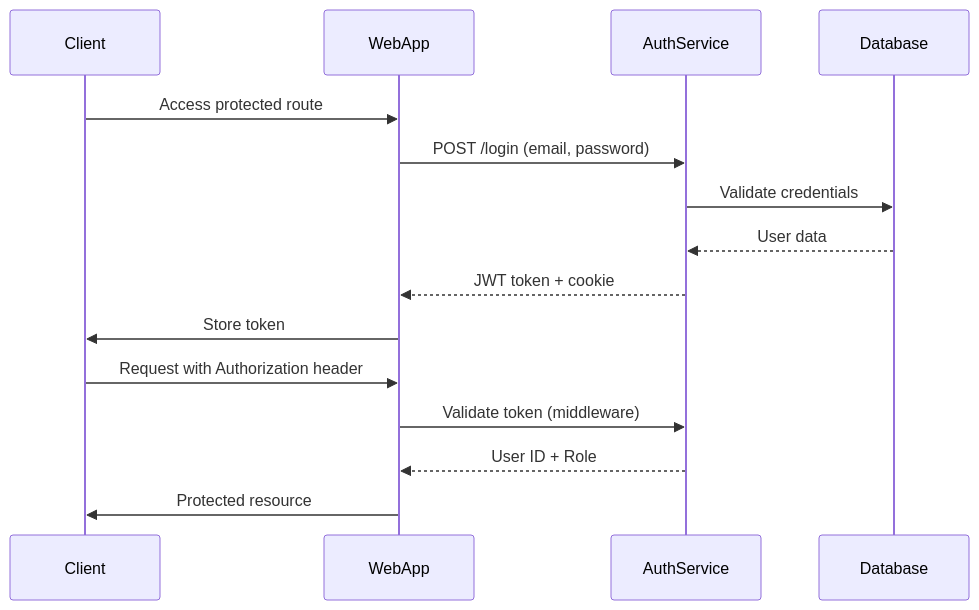
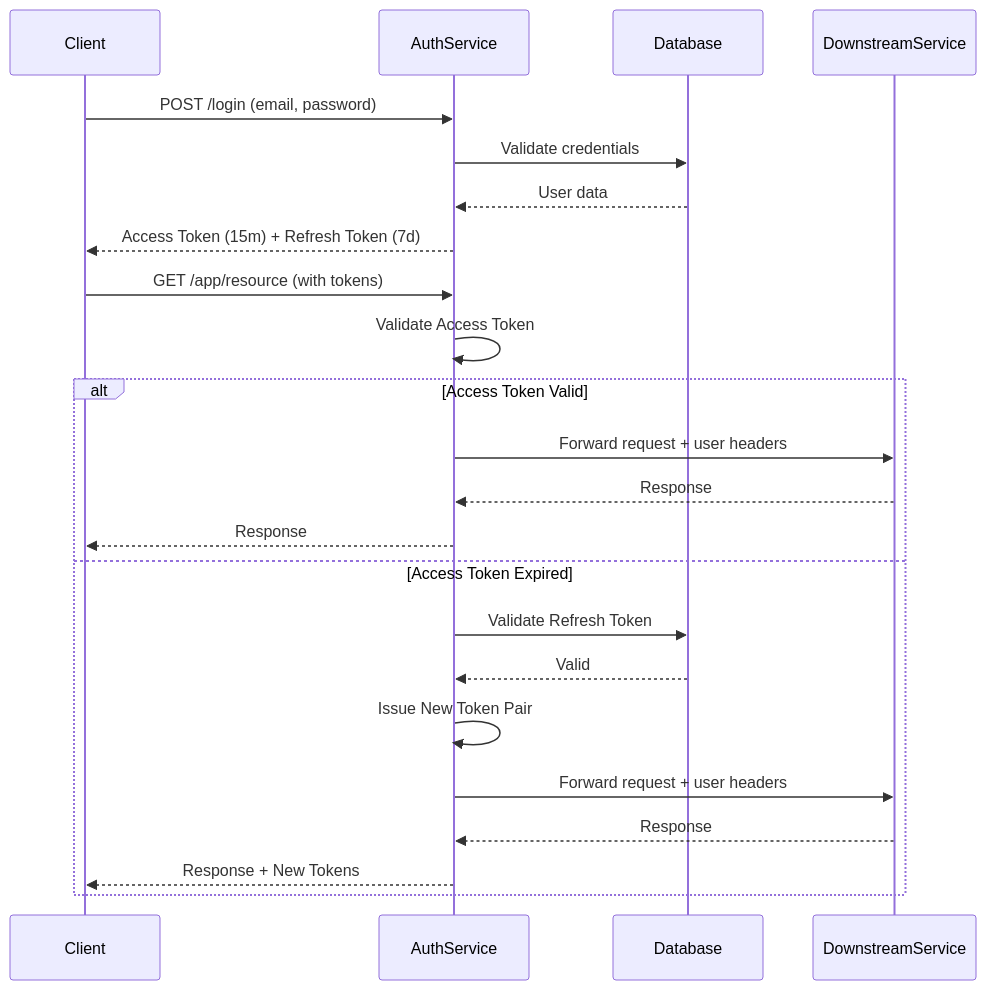
One commit to kshitijdhara/user-authentication changed the diagram in docs/INTEGRATION.md. Above: the diagram before and after it, drawn with Mermaid. The commit also changed other lines of this file, not shown here.

````diff
--- a/docs/INTEGRATION.md
+++ b/docs/INTEGRATION.md
@@ -15,18 +17,27 @@
 ```mermaid
 sequenceDiagram
     participant Client
-    participant WebApp
     participant AuthService
     participant Database
+    participant DownstreamService
 
-    Client->>WebApp: Access protected route
-    WebApp->>AuthService: POST /login (email, password)
+    Client->>AuthService: POST /login (email, password)
     AuthService->>Database: Validate credentials
     Database-->>AuthService: User data
-    AuthService-->>WebApp: JWT token + cookie
-    WebApp->>Client: Store token
-    Client->>WebApp: Request with Authorization header
-    WebApp->>AuthService: Validate token (middleware)
-    AuthService-->>WebApp: User ID + Role
-    WebApp->>Client: Protected resource
+    AuthService-->>Client: Access Token (15m) + Refresh Token (7d)
+    
+    Client->>AuthService: GET /app/resource (with tokens)
+    AuthService->>AuthService: Validate Access Token
+    alt Access Token Valid
+        AuthService->>DownstreamService: Forward request + user headers
+        DownstreamService-->>AuthService: Response
+        AuthService-->>Client: Response
+    else Access Token Expired
+        AuthService->>Database: Validate Refresh Token
+        Database-->>AuthService: Valid
+        AuthService->>AuthService: Issue New Token Pair
+        AuthService->>DownstreamService: Forward request + user headers
+        DownstreamService-->>AuthService: Response
+        AuthService-->>Client: Response + New Tokens
+    end
 ```
````
